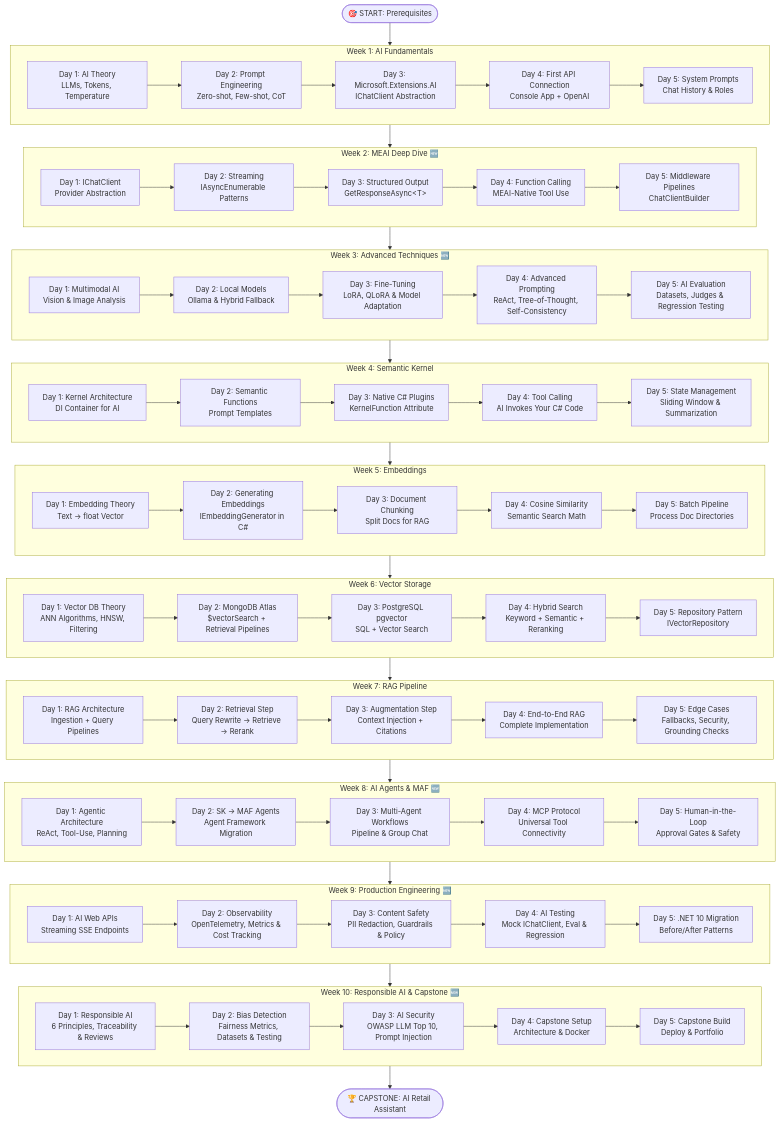
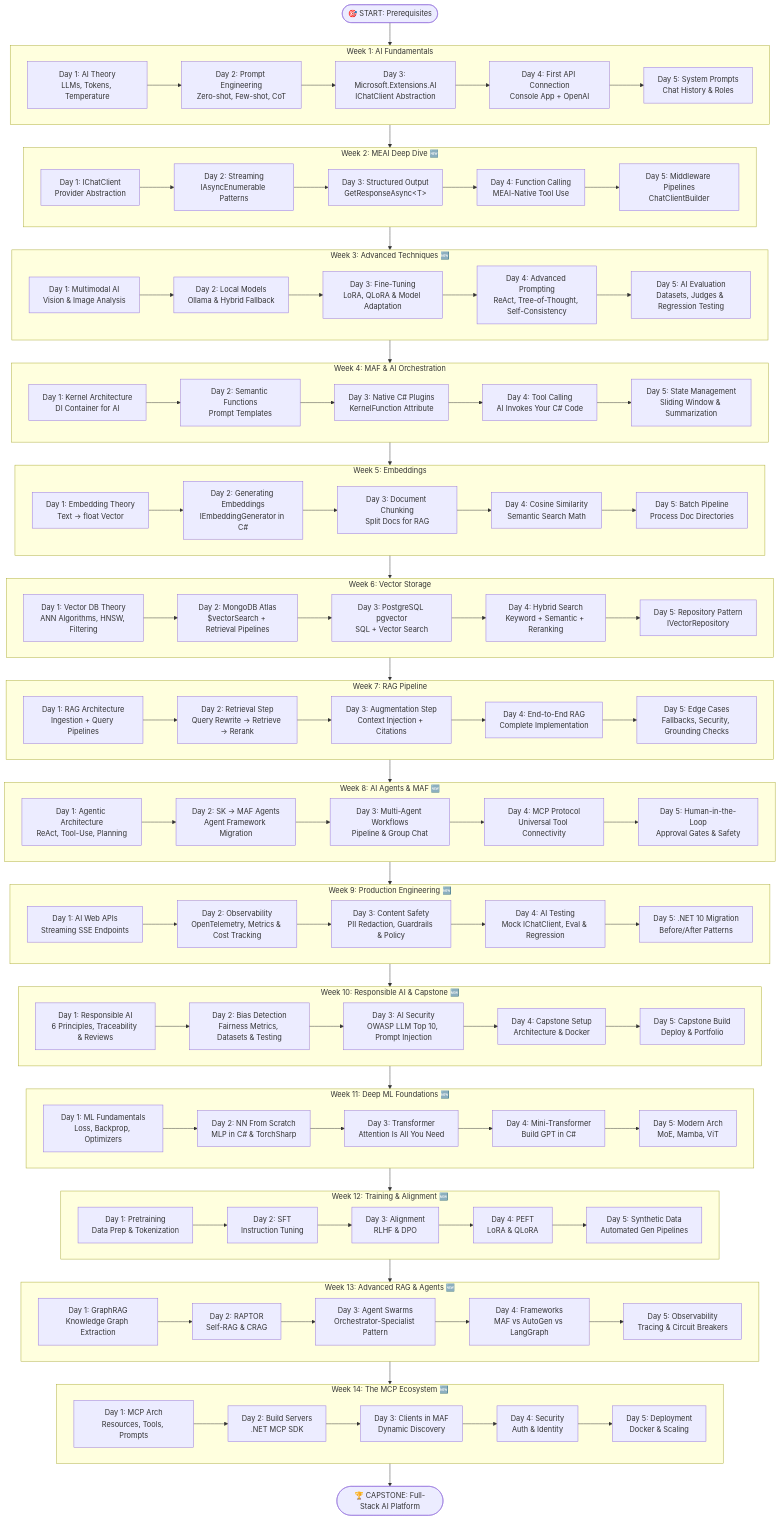
The diagram in roadmap.md (itsrajkumar/AI-Engineer-Dotnet), drawn with Mermaid before and after one commit. The commit also changed other lines of this file and 78 other files, not shown here.

Commit message:
Update curriculum roadmap and expand AI content

````diff
--- a/roadmap.md
+++ b/roadmap.md
@@ -45,7 +45,7 @@
     
     W3 --> W4
     
-    subgraph W4["Week 4: Semantic Kernel"]
+    subgraph W4["Week 4: MAF & AI Orchestration"]
         W4D1["Day 1: Kernel Architecture<br/>DI Container for AI"]
         W4D2["Day 2: Semantic Functions<br/>Prompt Templates"]
         W4D3["Day 3: Native C# Plugins<br/>KernelFunction Attribute"]
@@ -119,6 +119,50 @@
         W10D5["Day 5: Capstone Build<br/>Deploy & Portfolio"]
         W10D1 --> W10D2 --> W10D3 --> W10D4 --> W10D5
     end
+
+    W10 --> W11
+
+    subgraph W11["Week 11: Deep ML Foundations 🆕"]
+        W11D1["Day 1: ML Fundamentals<br/>Loss, Backprop, Optimizers"]
+        W11D2["Day 2: NN From Scratch<br/>MLP in C# & TorchSharp"]
+        W11D3["Day 3: Transformer<br/>Attention Is All You Need"]
+        W11D4["Day 4: Mini-Transformer<br/>Build GPT in C#"]
+        W11D5["Day 5: Modern Arch<br/>MoE, Mamba, ViT"]
+        W11D1 --> W11D2 --> W11D3 --> W11D4 --> W11D5
+    end
+
+    W11 --> W12
+
+    subgraph W12["Week 12: Training & Alignment 🆕"]
+        W12D1["Day 1: Pretraining<br/>Data Prep & Tokenization"]
+        W12D2["Day 2: SFT<br/>Instruction Tuning"]
+        W12D3["Day 3: Alignment<br/>RLHF & DPO"]
+        W12D4["Day 4: PEFT<br/>LoRA & QLoRA"]
+        W12D5["Day 5: Synthetic Data<br/>Automated Gen Pipelines"]
+        W12D1 --> W12D2 --> W12D3 --> W12D4 --> W12D5
+    end
+
+    W12 --> W13
+
+    subgraph W13["Week 13: Advanced RAG & Agents 🆕"]
+        W13D1["Day 1: GraphRAG<br/>Knowledge Graph Extraction"]
+        W13D2["Day 2: RAPTOR<br/>Self-RAG & CRAG"]
+        W13D3["Day 3: Agent Swarms<br/>Orchestrator-Specialist Pattern"]
+        W13D4["Day 4: Frameworks<br/>MAF vs AutoGen vs LangGraph"]
+        W13D5["Day 5: Observability<br/>Tracing & Circuit Breakers"]
+        W13D1 --> W13D2 --> W13D3 --> W13D4 --> W13D5
+    end
+
+    W13 --> W14
+
+    subgraph W14["Week 14: The MCP Ecosystem 🆕"]
+        W14D1["Day 1: MCP Arch<br/>Resources, Tools, Prompts"]
+        W14D2["Day 2: Build Servers<br/>.NET MCP SDK"]
+        W14D3["Day 3: Clients in MAF<br/>Dynamic Discovery"]
+        W14D4["Day 4: Security<br/>Auth & Identity"]
+        W14D5["Day 5: Deployment<br/>Docker & Scaling"]
+        W14D1 --> W14D2 --> W14D3 --> W14D4 --> W14D5
+    end
     
-    W10 --> CAPSTONE([🏆 CAPSTONE: AI Retail Assistant])
+    W14 --> CAPSTONE([🏆 CAPSTONE: Full-Stack AI Platform])
 ```
````
